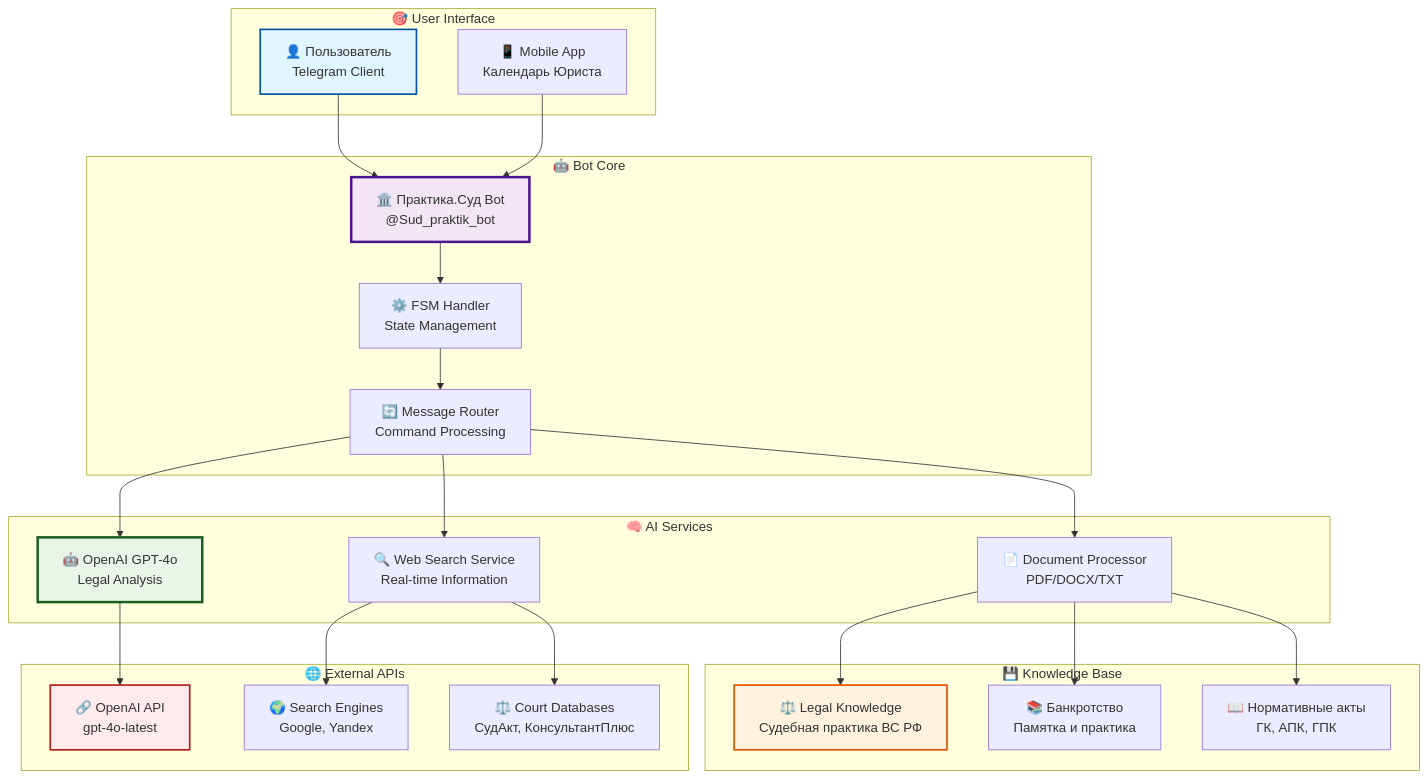
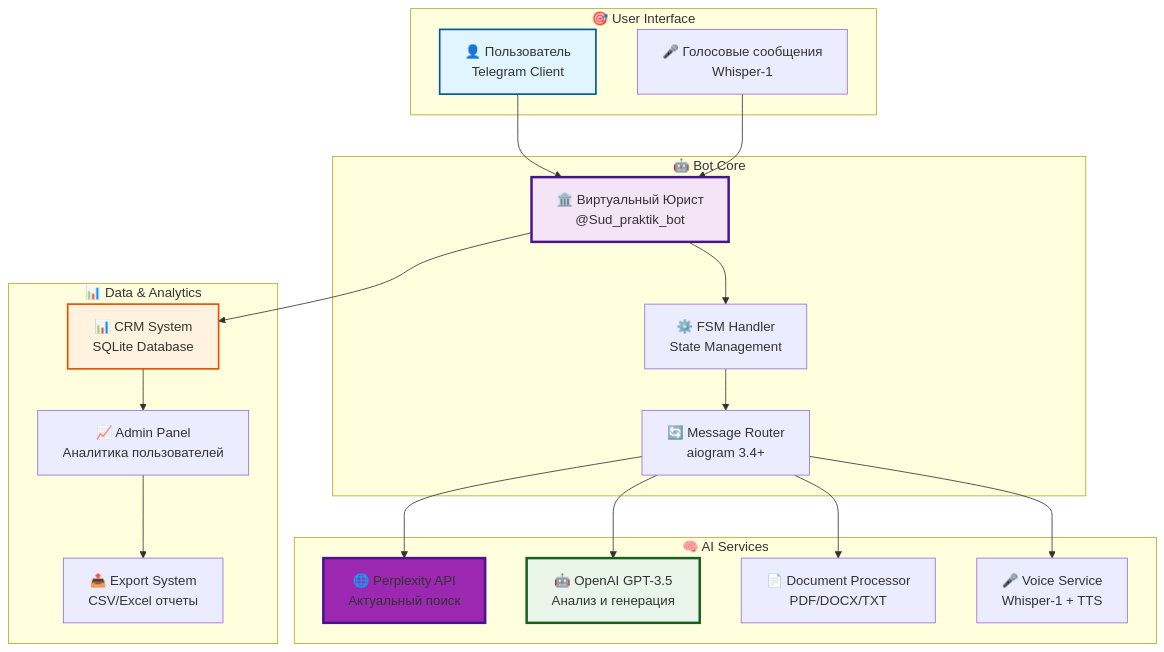
One commit to Wh0mever/ai-law-assistant changed the first of 2 diagrams in README.md. Above: the diagram before and after it, drawn with Mermaid. The commit also changed other lines of this file and 34 other files, not shown here.

````diff
--- a/README.md
+++ b/README.md
@@ -53,53 +121,45 @@
 ```mermaid
 graph TB
     subgraph "🎯 User Interface"
         A["👤 Пользователь<br/>Telegram Client"]
-        B["📱 Mobile App<br/>Календарь Юриста"]
+        B["🎤 Голосовые сообщения<br/>Whisper-1"]
     end
     
     subgraph "🤖 Bot Core"
-        C["🏛️ Практика.Суд Bot<br/>@Sud_praktik_bot"]
+        C["🏛️ Виртуальный Юрист<br/>@Sud_praktik_bot"]
         D["⚙️ FSM Handler<br/>State Management"]
-        E["🔄 Message Router<br/>Command Processing"]
+        E["🔄 Message Router<br/>aiogram 3.4+"]
     end
     
     subgraph "🧠 AI Services"
-        F["🤖 OpenAI GPT-4o<br/>Legal Analysis"]
-        G["🔍 Web Search Service<br/>Real-time Information"]
+        F["🌐 Perplexity API<br/>Актуальный поиск"]
+        G["🤖 OpenAI GPT-3.5<br/>Анализ и генерация"]
         H["📄 Document Processor<br/>PDF/DOCX/TXT"]
+        I["🎤 Voice Service<br/>Whisper-1 + TTS"]
     end
     
-    subgraph "💾 Knowledge Base"
-        I["⚖️ Legal Knowledge<br/>Судебная практика ВС РФ"]
-        J["📚 Банкротство<br/>Памятка и практика"]
-        K["📖 Нормативные акты<br/>ГК, АПК, ГПК"]
-    end
-    
-    subgraph "🌐 External APIs"
-        L["🔗 OpenAI API<br/>gpt-4o-latest"]
-        M["🌍 Search Engines<br/>Google, Yandex"]
-        N["⚖️ Court Databases<br/>СудАкт, КонсультантПлюс"]
+    subgraph "📊 Data & Analytics"
+        J["📊 CRM System<br/>SQLite Database"]
+        K["📈 Admin Panel<br/>Аналитика пользователей"]
+        L["📤 Export System<br/>CSV/Excel отчеты"]
     end
     
     A --> C
     B --> C
     C --> D
     D --> E
     E --> F
     E --> G
     E --> H
+    E --> I
     
-    F --> L
-    G --> M
-    G --> N
-    
-    H --> I
-    H --> J
-    H --> K
+    C --> J
+    J --> K
+    K --> L
     
     style A fill:#e1f5fe,stroke:#01579b,stroke-width:2px
     style C fill:#f3e5f5,stroke:#4a148c,stroke-width:3px
-    style F fill:#e8f5e8,stroke:#1b5e20,stroke-width:3px
-    style I fill:#fff3e0,stroke:#e65100,stroke-width:2px
-    style L fill:#ffebee,stroke:#b71c1c,stroke-width:2px
+    style F fill:#9c27b0,stroke:#4a148c,stroke-width:3px
+    style G fill:#e8f5e8,stroke:#1b5e20,stroke-width:3px
+    style J fill:#fff3e0,stroke:#e65100,stroke-width:2px
 ```
````
